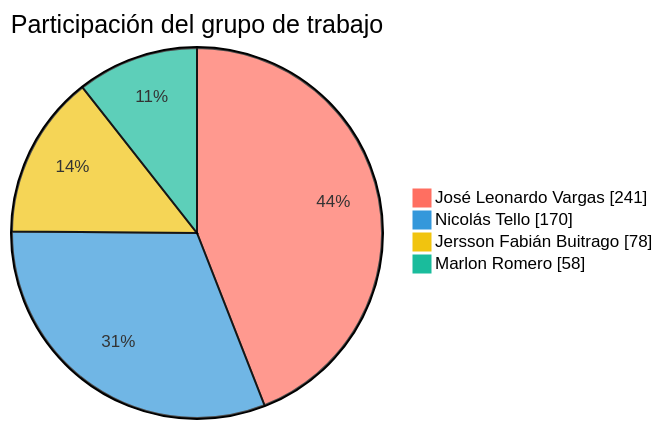
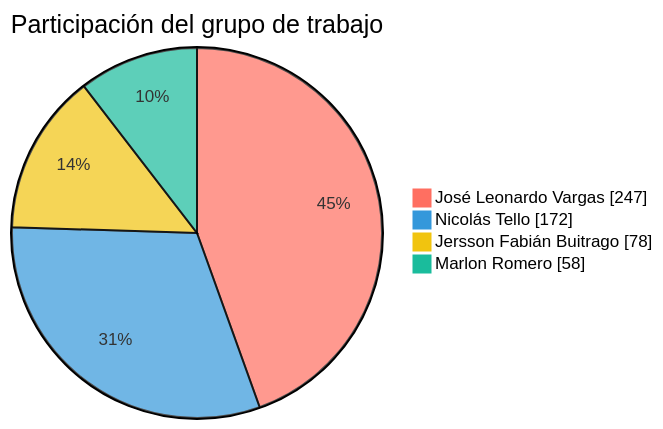
Before and after one commit to FarmaExpres/FarmaExpres: the first of 2 diagrams in README.md, drawn with Mermaid. The commit also changed other lines of this file and 1 other file, not shown here.

````diff
--- a/README.md
+++ b/README.md
@@ -389,9 +389,9 @@
 ```mermaid
 %%{init: {"themeVariables": {"pie1": "#ff6f61", "pie2": "#3498db", "pie3": "#f1c40f", "pie4": "#1abc9c", "pieLabelColor": "#000000", "pieLabelFontSize": "24px", "pieLabelFontWeight": "700"}}}%%
 pie showData
     title Participación del grupo de trabajo
-    "José Leonardo Vargas" : 241
-    "Nicolás Tello" : 170
+    "José Leonardo Vargas" : 247
+    "Nicolás Tello" : 172
     "Jersson Fabián Buitrago" : 78
     "Marlon Romero" : 58
 ```
````
